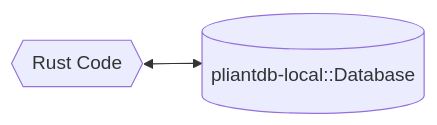
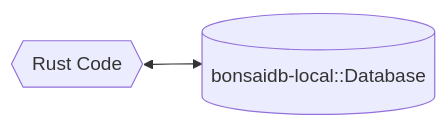
One commit to khonsulabs/bonsaidb changed the first of 5 diagrams in book/src/about/access_models.md. Above: the diagram before and after it, drawn with Mermaid. The commit also changed other lines of this file and 110 other files, not shown here.

````diff
--- a/book/src/about/access_models.md
+++ b/book/src/about/access_models.md
@@ -7,6 +7,6 @@
 ```mermaid
 graph LR
   code{{Rust Code}}
-  local[(pliantdb-local::Database)]
+  local[(bonsaidb-local::Database)]
   code <--> local
 ```
````
